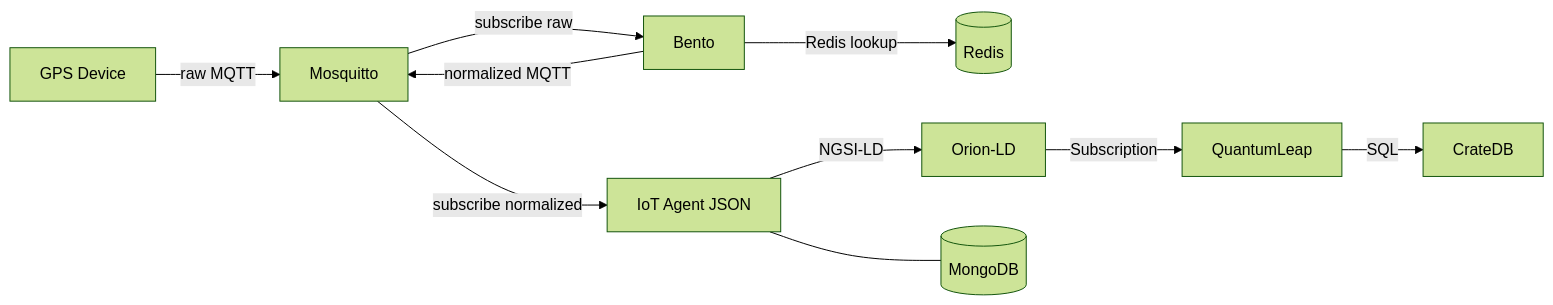
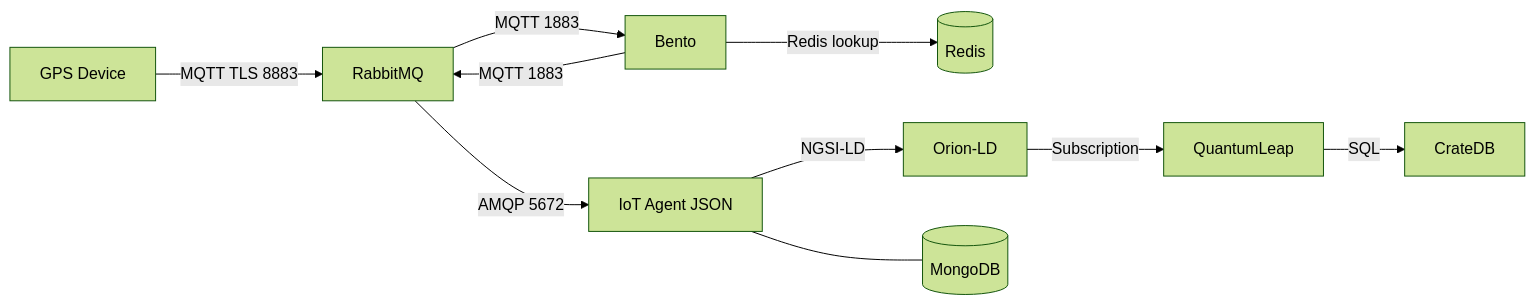
The diagram in dataflow/README.md (OS2sandbox/gps-connector), drawn with Mermaid (forest theme) before and after one commit. The commit also changed other lines of this file and 16 other files, not shown here.

First line of the commit message:
chore: migrate MQTT broker from Mosquitto to RabbitMQ with mTLS

````diff
--- a/dataflow/README.md
+++ b/dataflow/README.md
@@ -7,12 +7,12 @@
 ```mermaid
 graph LR
-    A[GPS Device] -->|raw MQTT| B[Mosquitto]
-    B -->|subscribe raw| C[Bento]
+    A[GPS Device] -->|MQTT TLS 8883| B[RabbitMQ]
+    B -->|MQTT 1883| C[Bento]
     C -->|Redis lookup| J[(Redis)]
-    C -->|normalized MQTT| B
-    B -->|subscribe normalized| D[IoT Agent JSON]
+    C -->|MQTT 1883| B
+    B -->|AMQP 5672| D[IoT Agent JSON]
     D -->|NGSI-LD| E[Orion-LD]
     E -->|Subscription| F[QuantumLeap]
     F -->|SQL| G[CrateDB]
     D --- H[(MongoDB)]
 ```
````
